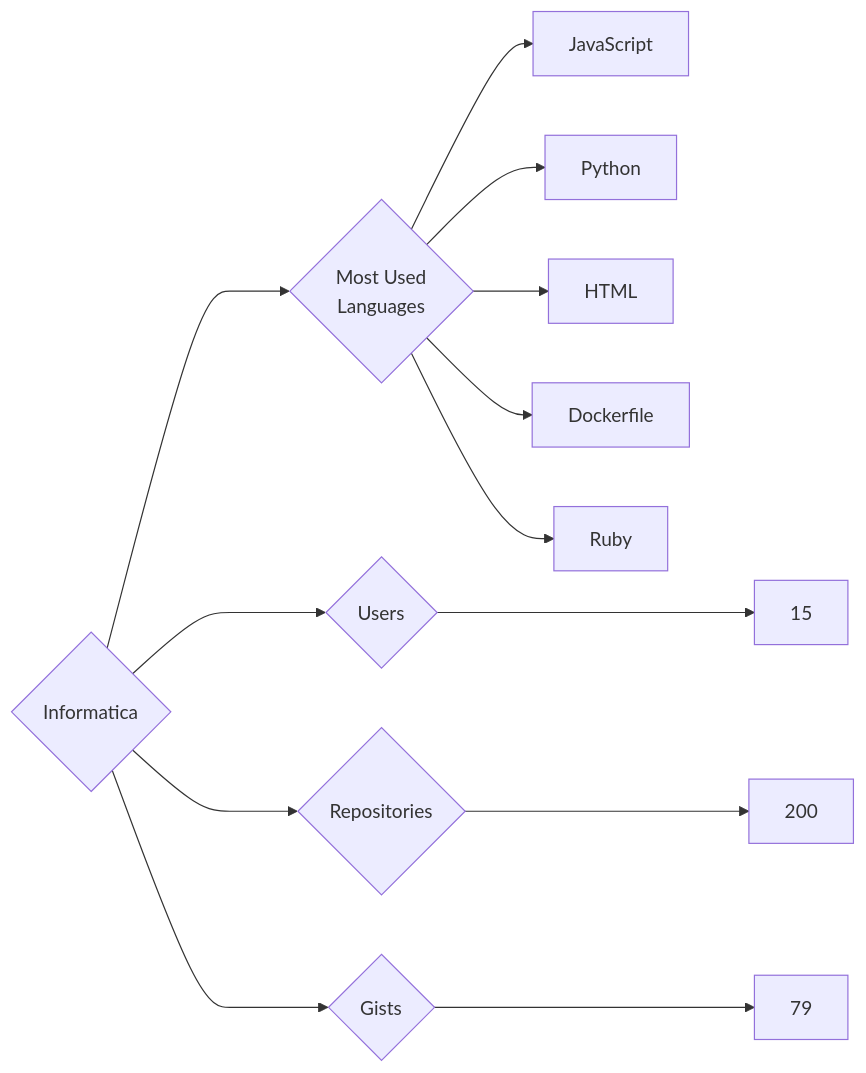
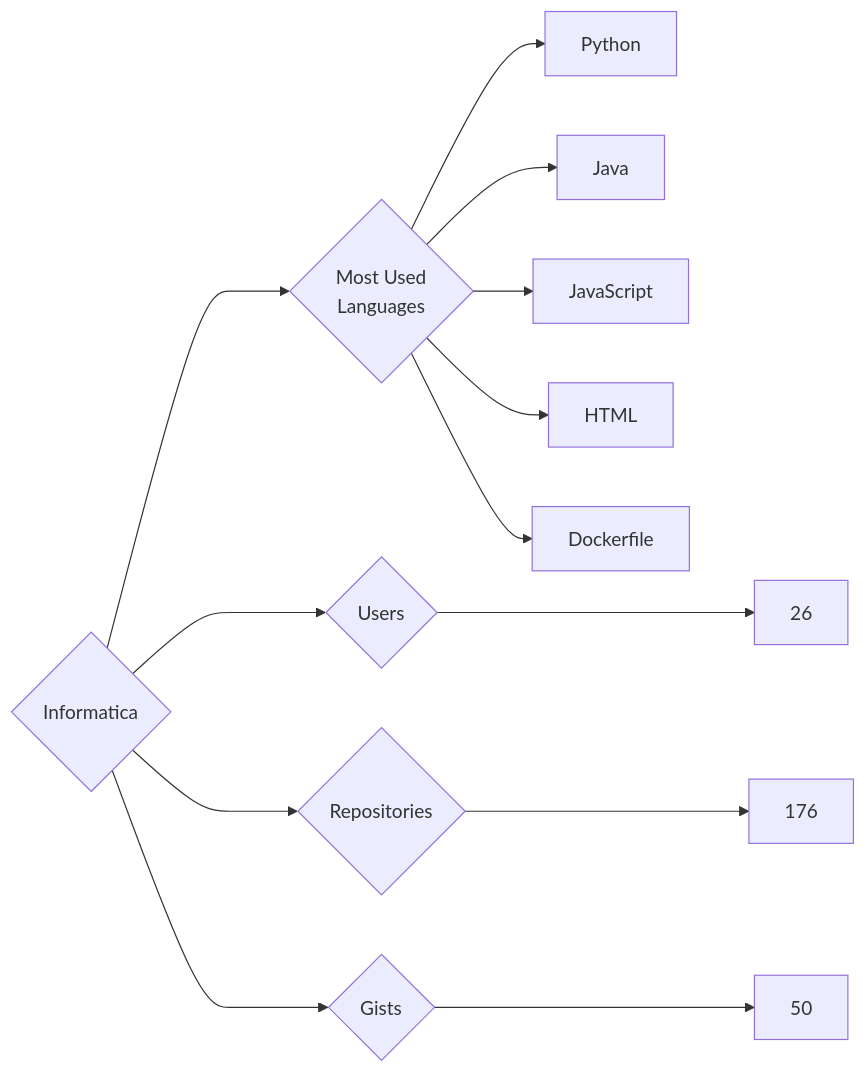
Before and after one commit to trickest/insiders: the diagram in targets/Informatica/README.md, drawn with Mermaid. The commit also changed 965 other files, not shown here.

````diff
--- a/targets/Informatica/README.md
+++ b/targets/Informatica/README.md
@@ -3,13 +3,13 @@
 ```mermaid
 graph LR
 COMPANY_NAME{Informatica}
-COMPANY_NAME ---> U{Users} ---> UN[15]
-COMPANY_NAME ---> R{Repositories} ---> RN[200]
-COMPANY_NAME ---> G{Gists} ---> GN[79]
+COMPANY_NAME ---> U{Users} ---> UN[26]
+COMPANY_NAME ---> R{Repositories} ---> RN[176]
+COMPANY_NAME ---> G{Gists} ---> GN[50]
 COMPANY_NAME ---> ML{Most Used<br>Languages}
+ML --> Python[Python]
+ML --> Java[Java]
 ML --> JavaScript[JavaScript]
-ML --> Python[Python]
 ML --> HTML[HTML]
 ML --> Dockerfile[Dockerfile]
-ML --> Ruby[Ruby]
 ```
````
